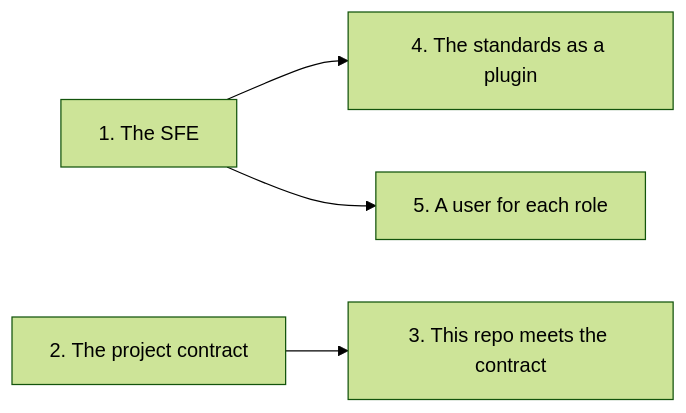
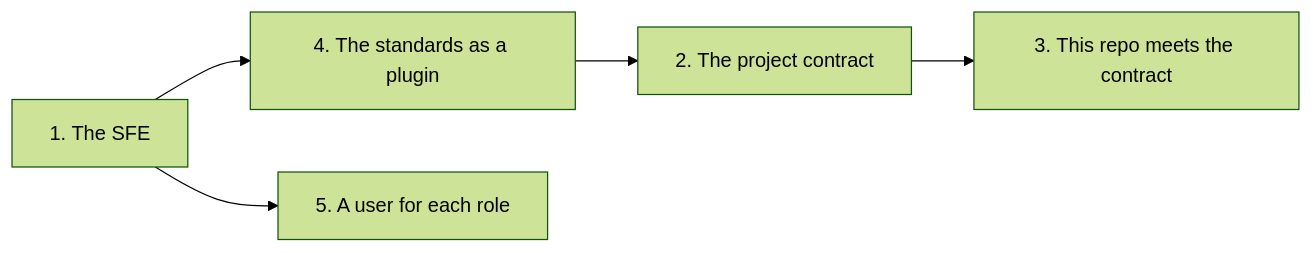
Before and after one commit to nimbusscale/software-factory: the diagram in docs/blueprints/running-on-a-project.md, drawn with Mermaid (forest theme). The commit also changed other lines of this file and 1 other file, not shown here.

````diff
--- a/docs/blueprints/running-on-a-project.md
+++ b/docs/blueprints/running-on-a-project.md
@@ -50,6 +53,7 @@
 ```mermaid
 flowchart LR
     P1[1. The SFE] --> P4[4. The standards as a plugin]
+    P4 --> P2[2. The project contract]
+    P2 --> P3[3. This repo meets the contract]
     P1 --> P5[5. A user for each role]
-    P2[2. The project contract] --> P3[3. This repo meets the contract]
 ```
````
